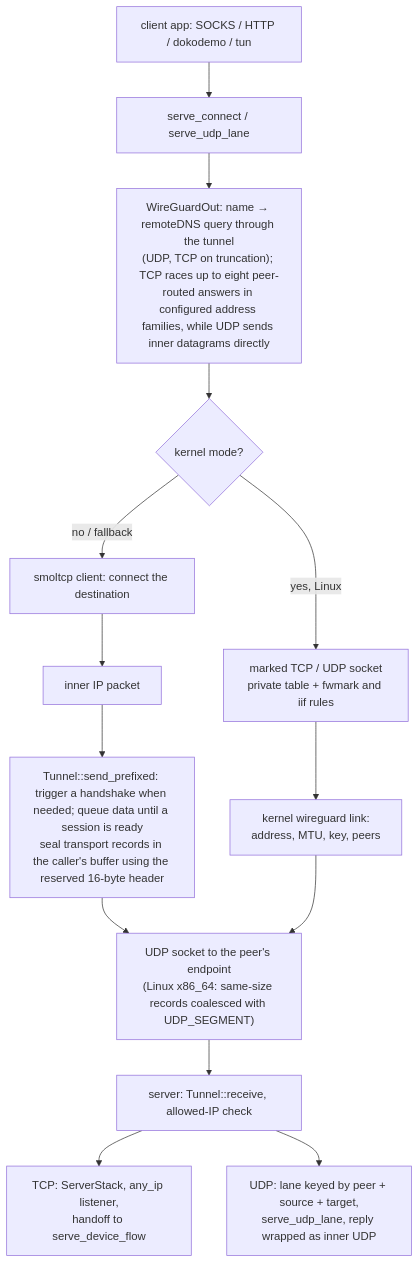
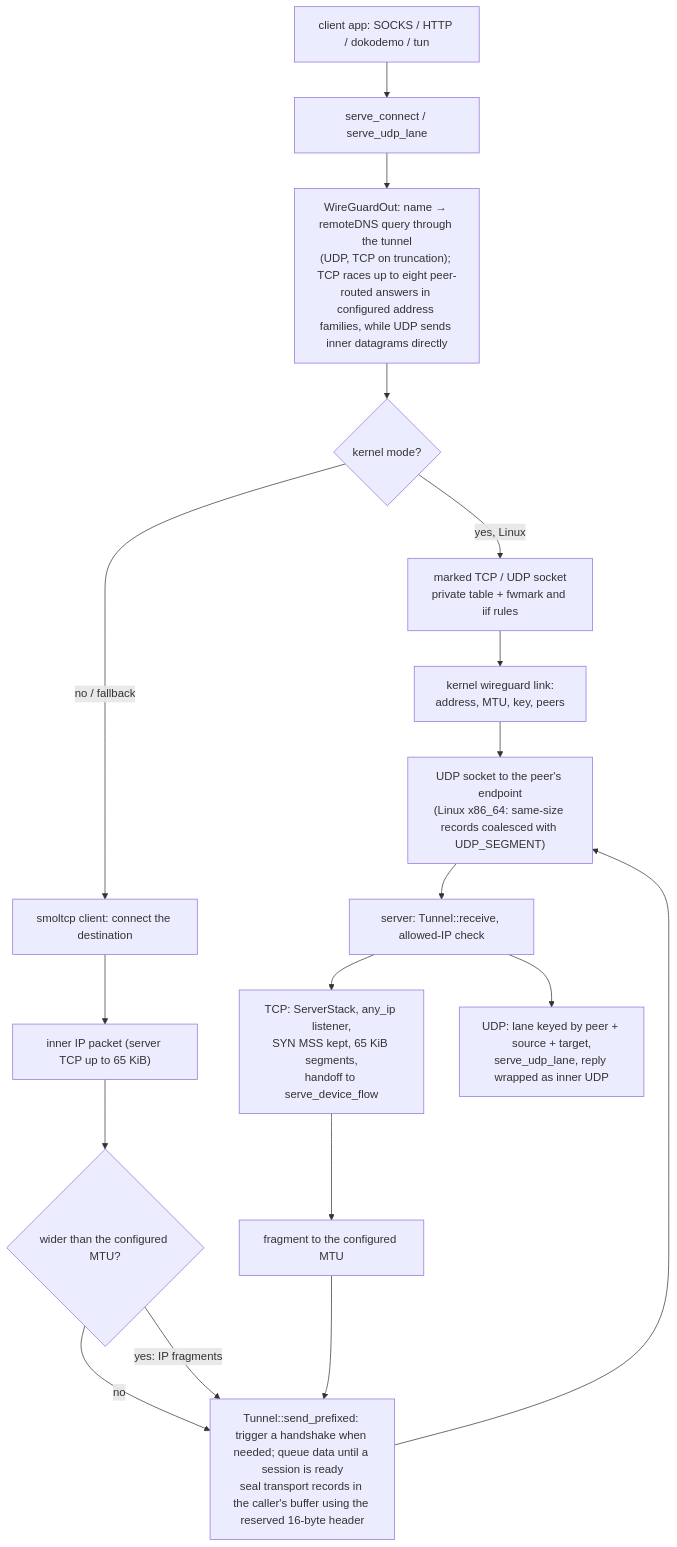
One commit to Ferrocite/ferrox changed the diagram in docs/function/wireguard.md. Above: the diagram before and after it, drawn with Mermaid. The commit also changed other lines of this file and 8 other files, not shown here.

First line of the commit message:
wg-stack: write 64 KiB segments and reassemble inner fragments (#1351)

````diff
--- a/docs/function/wireguard.md
+++ b/docs/function/wireguard.md
@@ -23,16 +23,20 @@
 ```mermaid
 graph TD
     A["client app: SOCKS / HTTP / dokodemo / tun"] --> B["serve_connect / serve_udp_lane"]
     B --> C["WireGuardOut: name → remoteDNS query through the tunnel<br/>(UDP, TCP on truncation); TCP races up to eight peer-routed answers in configured address families, while UDP sends inner datagrams directly"]
     C --> K{"kernel mode?"}
     K -->|yes, Linux| L["marked TCP / UDP socket<br/>private table + fwmark and iif rules"]
     L --> M["kernel wireguard link:<br/>address, MTU, key, peers"]
     K -->|no / fallback| N["smoltcp client: connect the destination"]
-    N --> D["inner IP packet"]
-    D --> E["Tunnel::send_prefixed: trigger a handshake when needed; queue data until a session is ready<br/>seal transport records in the caller's buffer using the reserved 16-byte header"]
+    N --> D["inner IP packet (server TCP up to 65 KiB)"]
+    D --> D2{"wider than the configured MTU?"}
+    D2 -->|no| E
+    D2 -->|"yes: IP fragments"| E["Tunnel::send_prefixed: trigger a handshake when needed; queue data until a session is ready<br/>seal transport records in the caller's buffer using the reserved 16-byte header"]
     E --> F["UDP socket to the peer's endpoint<br/>(Linux x86_64: same-size records coalesced with UDP_SEGMENT)"]
     M --> F
     F --> G["server: Tunnel::receive, allowed-IP check"]
-    G --> H["TCP: ServerStack, any_ip listener,<br/>handoff to serve_device_flow"]
+    G --> H["TCP: ServerStack, any_ip listener,<br/>SYN MSS kept, 65 KiB segments,<br/>handoff to serve_device_flow"]
+    H --> H2["fragment to the configured MTU"]
+    H2 --> E
     G --> I["UDP: lane keyed by peer + source + target,<br/>serve_udp_lane, reply wrapped as inner UDP"]
 ```
````
